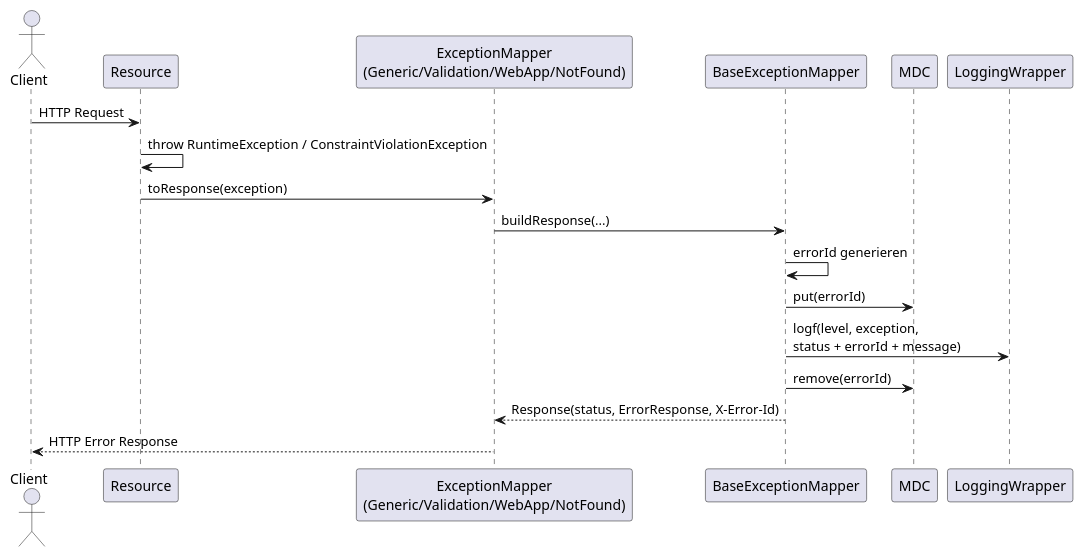
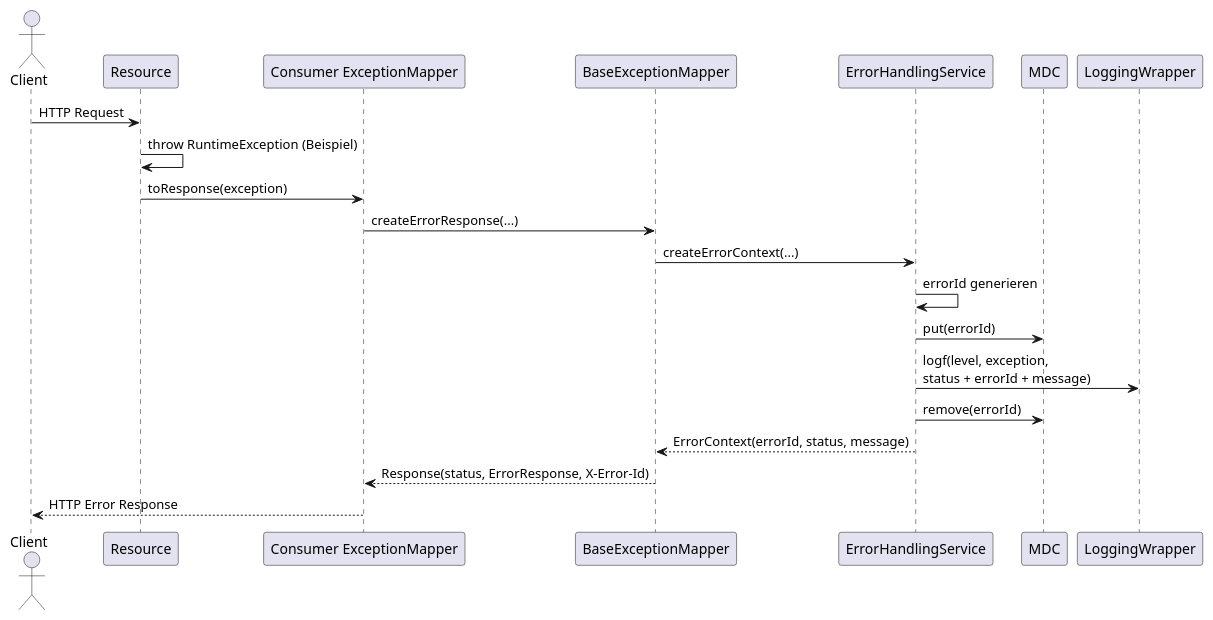
Before and after one commit to marstusch/loglib: the diagram in docs/architecture/sequence-exception-handling.md, drawn with PlantUML. The commit also changed other lines of this file and 4 other files, not shown here.

Commit message:
docs(architecture): align diagrams with current exception handling model

````diff
--- a/docs/architecture/sequence-exception-handling.md
+++ b/docs/architecture/sequence-exception-handling.md
@@ -5,21 +5,24 @@
 ```plantuml
 @startuml
 actor Client
 participant "Resource" as Resource
-participant "ExceptionMapper\n(Generic/Validation/WebApp/NotFound)" as Mapper
+participant "Consumer ExceptionMapper" as Mapper
 participant "BaseExceptionMapper" as Base
+participant "ErrorHandlingService" as Service
 participant "MDC" as MDC
 participant "LoggingWrapper" as Logger
 
 Client -> Resource : HTTP Request
-Resource -> Resource : throw RuntimeException / ConstraintViolationException
+Resource -> Resource : throw RuntimeException (Beispiel)
 Resource -> Mapper : toResponse(exception)
-Mapper -> Base : buildResponse(...)
-Base -> Base : errorId generieren
-Base -> MDC : put(errorId)
-Base -> Logger : logf(level, exception,\nstatus + errorId + message)
-Base -> MDC : remove(errorId)
+Mapper -> Base : createErrorResponse(...)
+Base -> Service : createErrorContext(...)
+Service -> Service : errorId generieren
+Service -> MDC : put(errorId)
+Service -> Logger : logf(level, exception,\nstatus + errorId + message)
+Service -> MDC : remove(errorId)
+Service --> Base : ErrorContext(errorId, status, message)
 Base --> Mapper : Response(status, ErrorResponse, X-Error-Id)
 Mapper --> Client : HTTP Error Response
 @enduml
 ```
````
